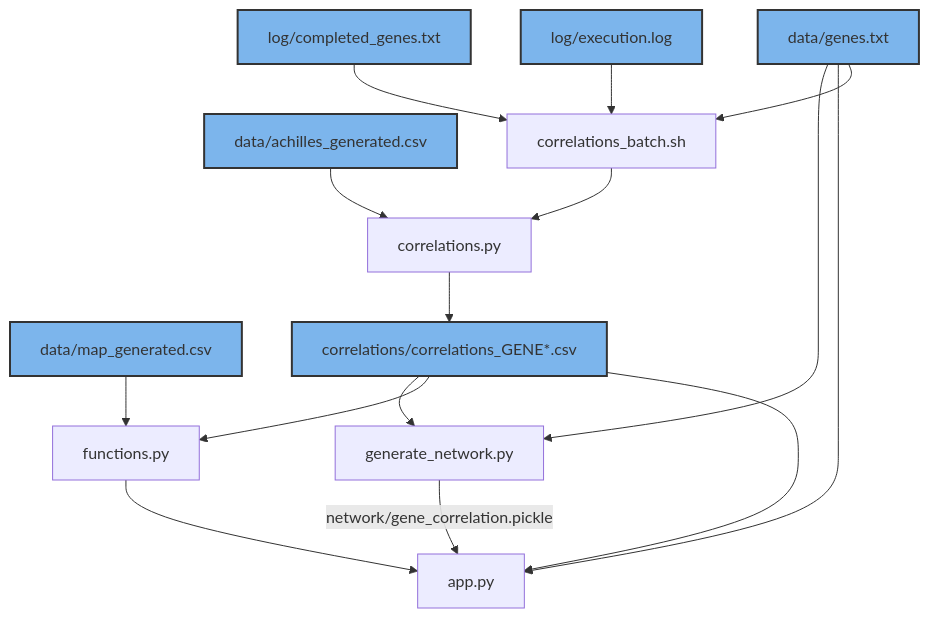
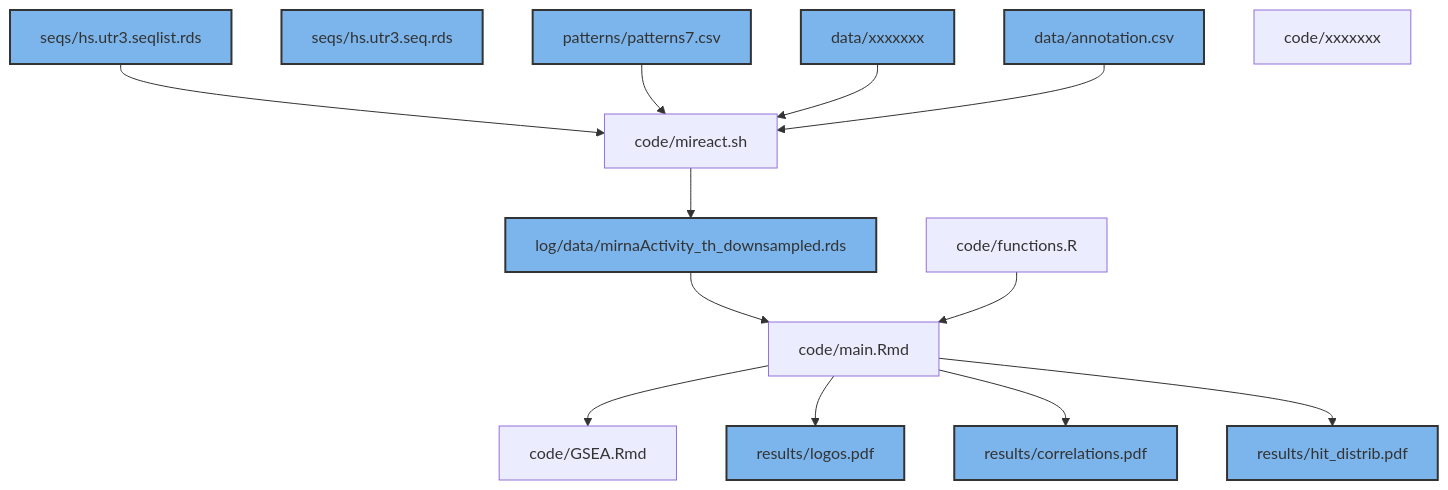
Before and after one commit to PaulaRodrigoMartin/SMLB: the diagram in README.md, drawn with Mermaid.

````diff
--- a/README.md
+++ b/README.md
@@ -1,37 +1,41 @@
 ```mermaid
 graph TD;
-    genes[data/genes.txt]
-    log1[log/execution.log]
-    achilles[data/achilles_generated.csv]
-    mapa[data/map_generated.csv]
-    log2[log/completed_genes.txt]
-    corrsFiles[correlations/correlations_GENE*.csv]
-    corrPy[correlations.py]
-    corrSh[correlations_batch.sh]
-    function[functions.py]
-    net[generate_network.py]
-    app[app.py]
+    seqlist[seqs/hs.utr3.seqlist.rds]
+    seqs[seqs/hs.utr3.seq.rds]
+    mireact_input[data/xxxxxxx]
+    miReact_output[log/data/mirnaActivity_th_downsampled.rds]
+    7mers[patterns/patterns7.csv]
+    annotation[data/annotation.csv]
+    miReact[code/mireact.sh]
+    rank[code/xxxxxxx]
+    functions[code/functions.R]
+    main_notebook[code/main.Rmd]
+    GSEA[code/GSEA.Rmd]
+    logos[results/logos.pdf]
+    corrm[results/correlations.pdf]
+    distrib[results/hit_distrib.pdf]
+    
 
-    style genes fill:#7cb5ec,stroke:#333,stroke-width:2px;
-    style log1 fill:#7cb5ec,stroke:#333,stroke-width:2px;
-    style achilles fill:#7cb5ec,stroke:#333,stroke-width:2px;
-    style mapa fill:#7cb5ec,stroke:#333,stroke-width:2px;
-    style log2 fill:#7cb5ec,stroke:#333,stroke-width:2px;
-    style corrsFiles fill:#7cb5ec,stroke:#333,stroke-width:2px;
+    style seqlist fill:#7cb5ec,stroke:#333,stroke-width:2px;
+    style miReact_output fill:#7cb5ec,stroke:#333,stroke-width:2px;
+    style 7mers fill:#7cb5ec,stroke:#333,stroke-width:2px;
+    style mireact_input fill:#7cb5ec,stroke:#333,stroke-width:2px;
+    style seqs fill:#7cb5ec,stroke:#333,stroke-width:2px;
+    style annotation fill:#7cb5ec,stroke:#333,stroke-width:2px;
+    style logos fill:#7cb5ec,stroke:#333,stroke-width:2px;
+    style corrm fill:#7cb5ec,stroke:#333,stroke-width:2px;
+    style distrib fill:#7cb5ec,stroke:#333,stroke-width:2px;
 
-    genes-->corrSh
-    log1-->corrSh
-    log2-->corrSh
-    achilles-->corrPy
-    mapa-->function
-    corrSh-->corrPy
-    corrPy-->corrsFiles
-    corrsFiles-->app
-    genes-->app
-    corrsFiles-->function
-    function-->app
-    genes-->net
-    net-- network/gene_correlation.pickle -->app
-    corrsFiles-->net
+    seqlist-->miReact
+    7mers-->miReact
+    mireact_input-->miReact
+    annotation-->miReact
+    miReact-->miReact_output
+    miReact_output-->main_notebook
+    functions-->main_notebook
+    main_notebook-->GSEA
+    main_notebook-->logos
+    main_notebook-->corrm
+    main_notebook-->distrib
 
 ```
````
